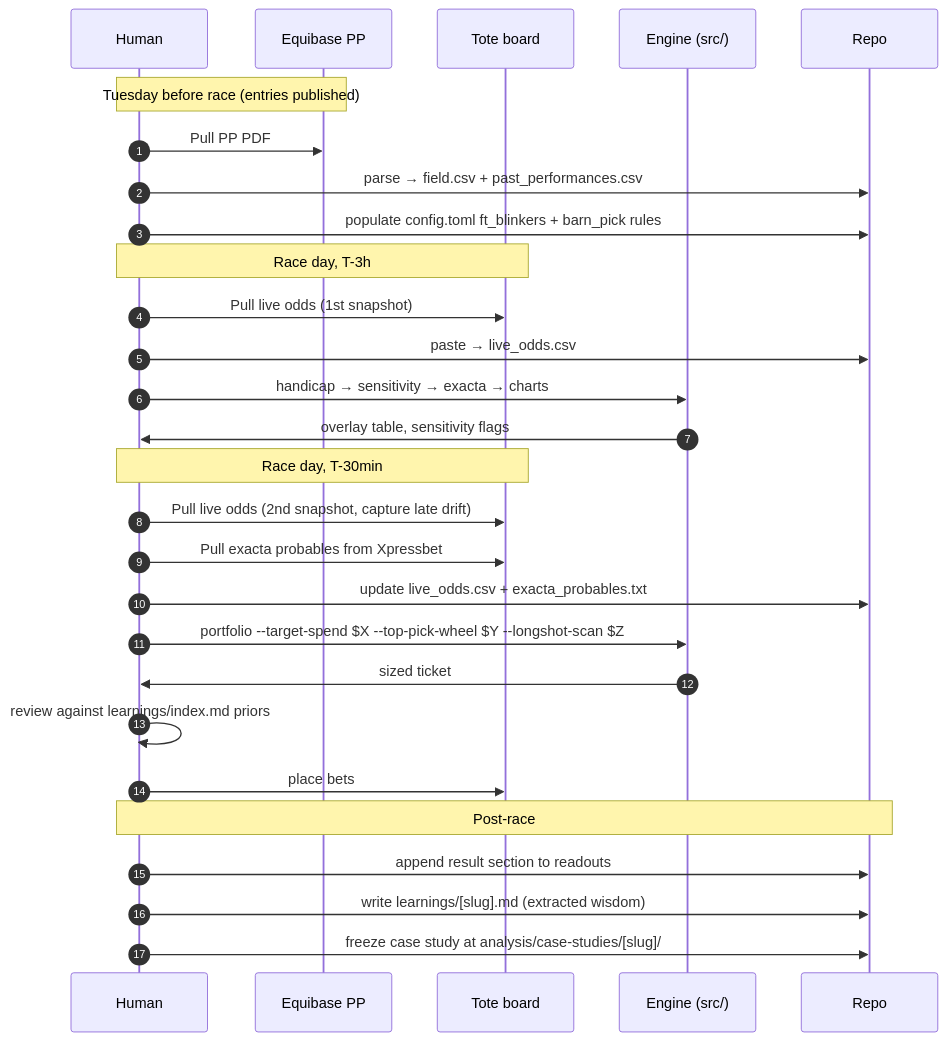
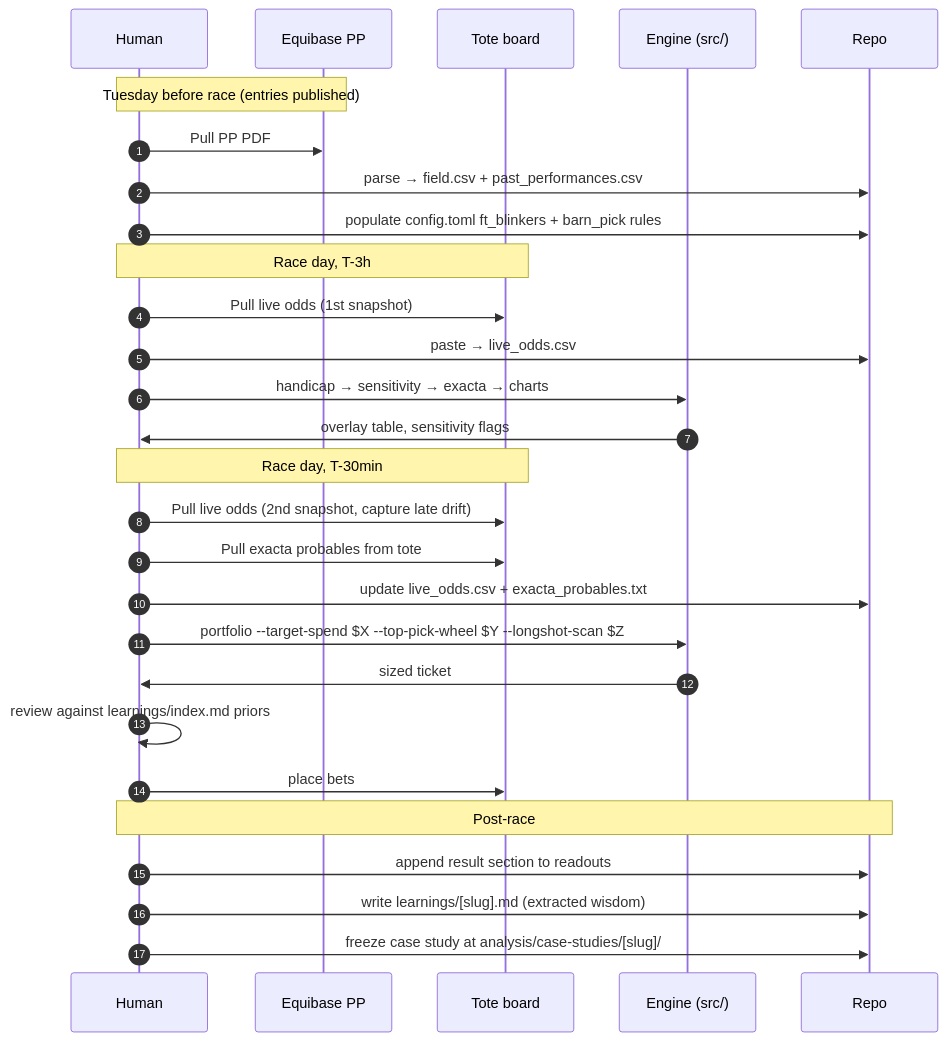
The third of 3 diagrams in docs/ARCHITECTURE.md (nigelglenday/horse-math), drawn with Mermaid before and after one commit. The commit also changed other lines of this file and 3 other files, not shown here.

First line of the commit message:
Drop Xpressbet branding — generic tote-source language throughout

````diff
--- a/docs/ARCHITECTURE.md
+++ b/docs/ARCHITECTURE.md
@@ -118,35 +118,35 @@
 ```mermaid
 sequenceDiagram
     autonumber
     participant Human
     participant Equibase as Equibase PP
     participant Tote as Tote board
     participant Engine as Engine (src/)
     participant Repo
 
     Note over Human,Equibase: Tuesday before race (entries published)
     Human->>Equibase: Pull PP PDF
     Human->>Repo: parse → field.csv + past_performances.csv
     Human->>Repo: populate config.toml ft_blinkers + barn_pick rules
 
     Note over Human,Tote: Race day, T-3h
     Human->>Tote: Pull live odds (1st snapshot)
     Human->>Repo: paste → live_odds.csv
     Human->>Engine: handicap → sensitivity → exacta → charts
     Engine->>Human: overlay table, sensitivity flags
 
     Note over Human,Tote: Race day, T-30min
     Human->>Tote: Pull live odds (2nd snapshot, capture late drift)
-    Human->>Tote: Pull exacta probables from Xpressbet
+    Human->>Tote: Pull exacta probables from tote
     Human->>Repo: update live_odds.csv + exacta_probables.txt
     Human->>Engine: portfolio --target-spend $X --top-pick-wheel $Y --longshot-scan $Z
     Engine->>Human: sized ticket
 
     Human->>Human: review against learnings/index.md priors
     Human->>Tote: place bets
 
     Note over Human,Repo: Post-race
     Human->>Repo: append result section to readouts
     Human->>Repo: write learnings/[slug].md (extracted wisdom)
     Human->>Repo: freeze case study at analysis/case-studies/[slug]/
 ```
````
